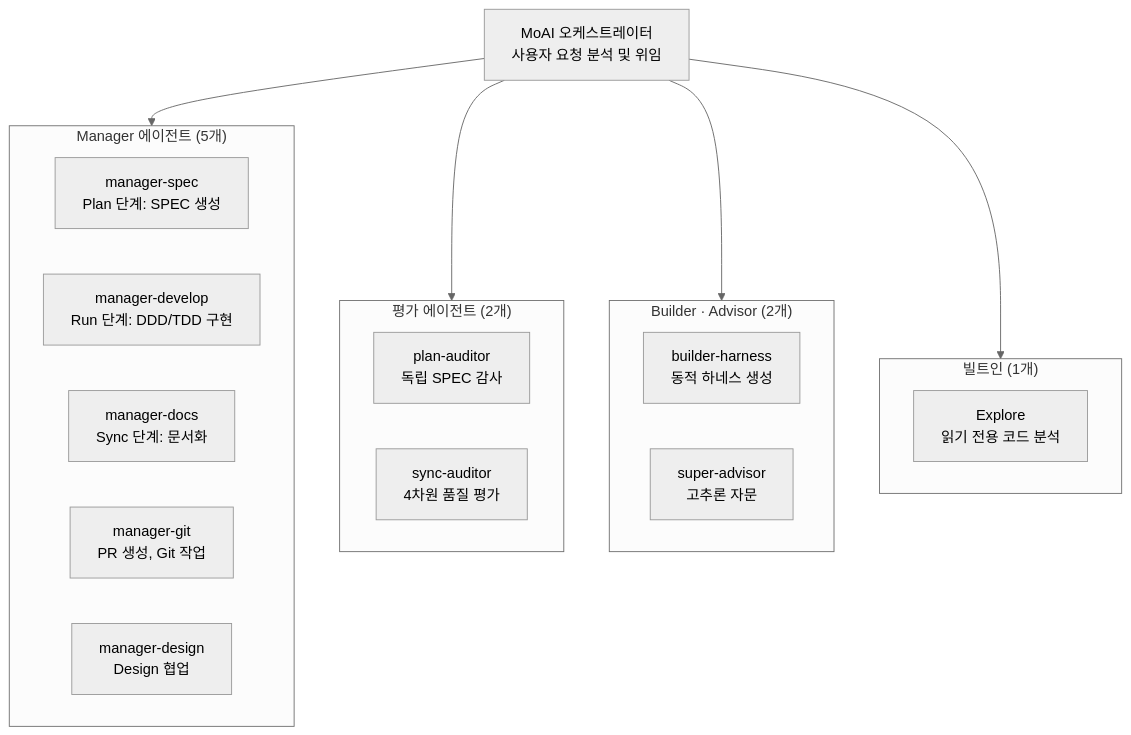
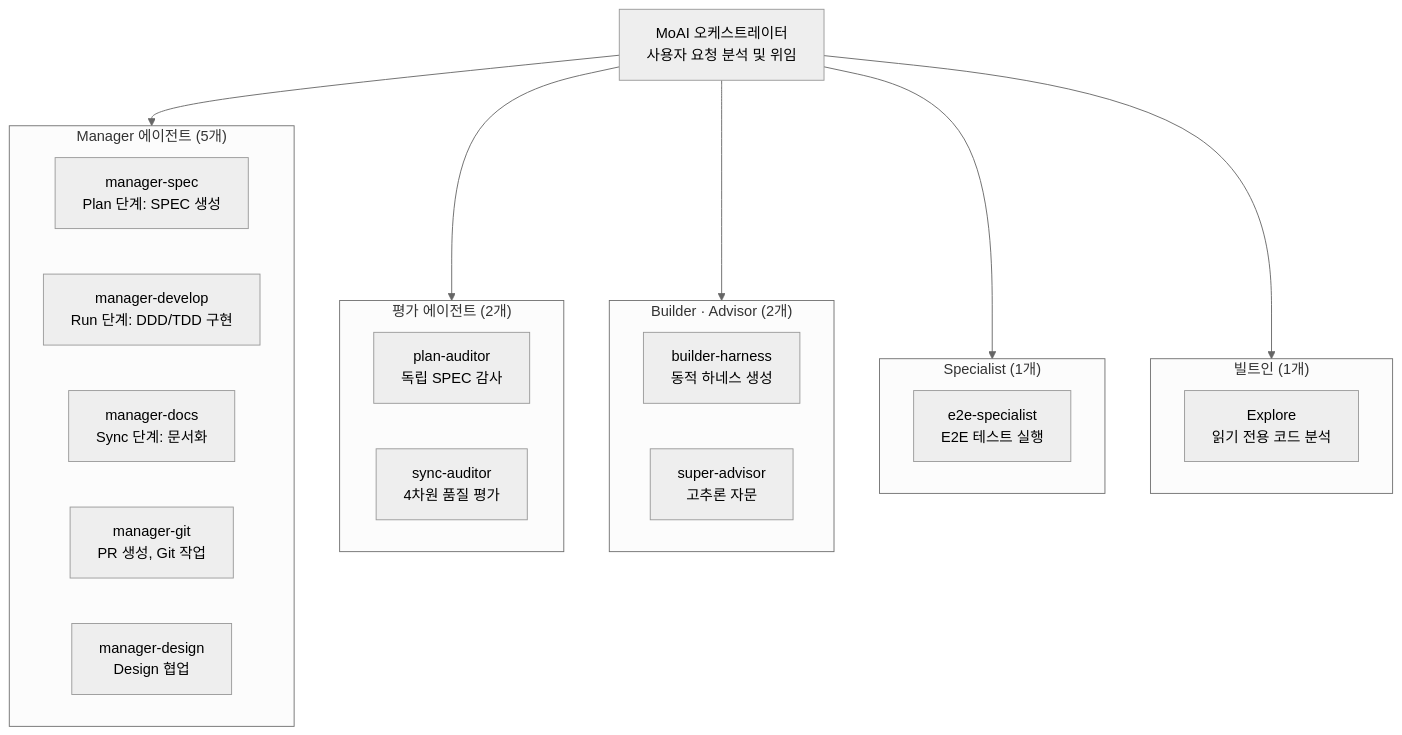
Before and after one commit to modu-ai/moai-adk: the third of 5 diagrams in docs-site/content/ko/core-concepts/what-is-moai-adk.md, drawn with Mermaid (neutral theme). The commit also changed other lines of this file and 40 other files, not shown here.

````diff
--- a/docs-site/content/ko/core-concepts/what-is-moai-adk.md
+++ b/docs-site/content/ko/core-concepts/what-is-moai-adk.md
@@ -274,31 +275,36 @@
 ```mermaid
 flowchart TD
     MoAI["MoAI 오케스트레이터\n사용자 요청 분석 및 위임"]
 
     subgraph Managers["Manager 에이전트 (5개)"]
         M1["manager-spec\nPlan 단계: SPEC 생성"]
         M2["manager-develop\nRun 단계: DDD/TDD 구현"]
         M3["manager-docs\nSync 단계: 문서화"]
         M4["manager-git\nPR 생성, Git 작업"]
         M5["manager-design\nDesign 협업"]
     end
 
     subgraph Evaluators["평가 에이전트 (2개)"]
         E1["plan-auditor\n독립 SPEC 감사"]
         E2["sync-auditor\n4차원 품질 평가"]
     end
 
     subgraph BuilderAdvisor["Builder · Advisor (2개)"]
         B1["builder-harness\n동적 하네스 생성"]
         B2["super-advisor\n고추론 자문"]
     end
 
+    subgraph Specialist["Specialist (1개)"]
+        S1["e2e-specialist\nE2E 테스트 실행"]
+    end
+
     subgraph Explore["빌트인 (1개)"]
         X1["Explore\n읽기 전용 코드 분석"]
     end
 
     MoAI --> Managers
     MoAI --> Evaluators
     MoAI --> BuilderAdvisor
+    MoAI --> Specialist
     MoAI --> Explore
 ```
````
